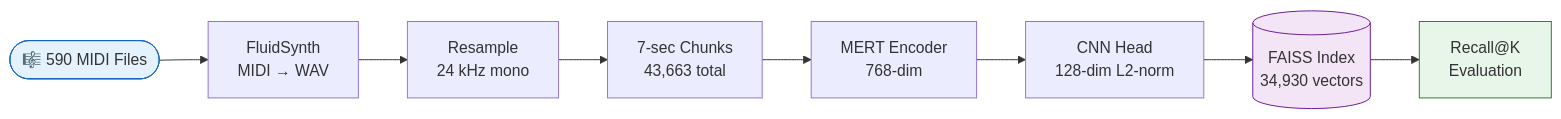
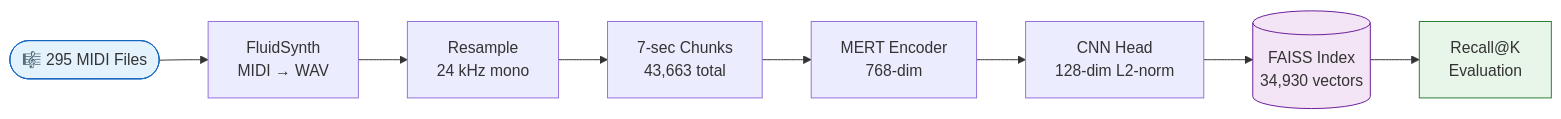
One commit to mperumal-usd/capstone_team_3 changed the first of 7 diagrams in website/docs/pipeline.md. Above: the diagram before and after it, drawn with Mermaid. The commit also changed 3 other files, not shown here.

````diff
--- a/website/docs/pipeline.md
+++ b/website/docs/pipeline.md
@@ -11,14 +11,14 @@
 ```mermaid
 flowchart LR
-    A(["🎼 590 MIDI Files"]) --> B["FluidSynth\nMIDI → WAV"]
+    A(["🎼 295 MIDI Files"]) --> B["FluidSynth\nMIDI → WAV"]
     B --> C["Resample\n24 kHz mono"]
     C --> D["7-sec Chunks\n43,663 total"]
     D --> E["MERT Encoder\n768-dim"]
     E --> F["CNN Head\n128-dim L2-norm"]
     F --> G[("FAISS Index\n34,930 vectors")]
     G --> H["Recall@K\nEvaluation"]
 
     style A fill:#e3f2fd,stroke:#1565c0
     style G fill:#f3e5f5,stroke:#6a1b9a
     style H fill:#e8f5e9,stroke:#2e7d32
 ```
````
